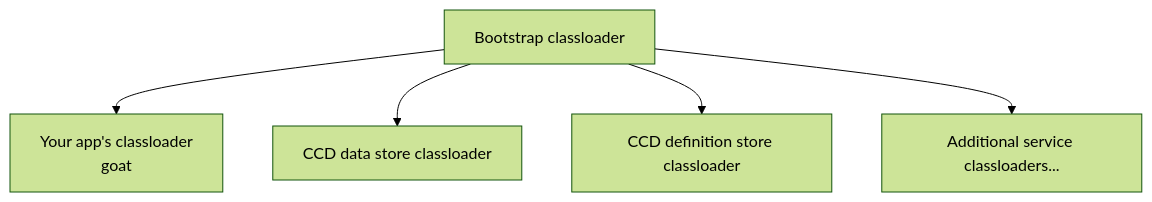
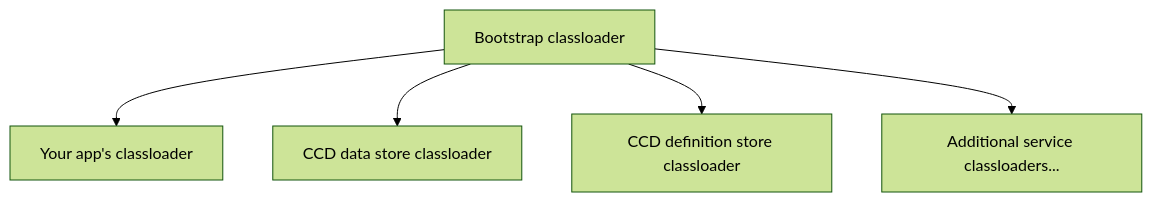
One commit to hmcts/rse-cft-lib changed the diagram in README.md. Above: the diagram before and after it, drawn with Mermaid (forest theme).

````diff
--- a/README.md
+++ b/README.md
@@ -261,7 +261,7 @@
 ```mermaid
 graph TD;
-    boot[Bootstrap classloader]-->app[Your app's classloader<br>goat];
+    boot[Bootstrap classloader]-->app[Your app's classloader];
     boot-->datastore[CCD data store classloader];
     boot-->definition[CCD definition store classloader];
     boot-->etc[Additional service classloaders...];
 ```
````
